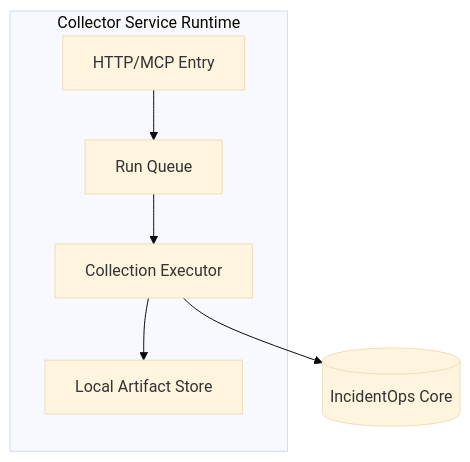
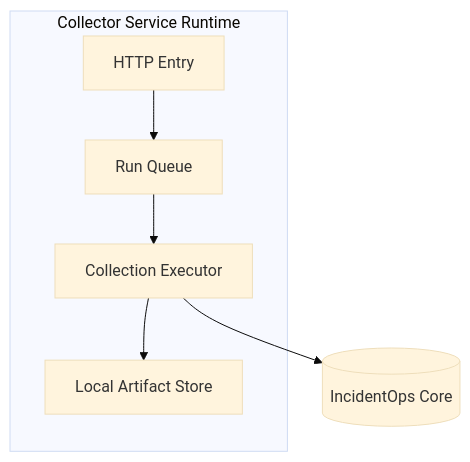
Before and after one commit to Auro-rium/Ops-Incident-Collector: the diagram in docs/server-deployment.md, drawn with Mermaid (base theme). The commit also changed 37 other files, not shown here.

````diff
--- a/docs/server-deployment.md
+++ b/docs/server-deployment.md
@@ -5,12 +5,12 @@
 ```mermaid
 flowchart TB
     subgraph Runtime[Collector Service Runtime]
-      API[HTTP/MCP Entry]
+      API[HTTP Entry]
       Exec[Collection Executor]
       Queue[Run Queue]
       Store[Local Artifact Store]
     end
 
     API --> Queue --> Exec --> Store
     Exec --> Core[(IncidentOps Core)]
 ```
````
